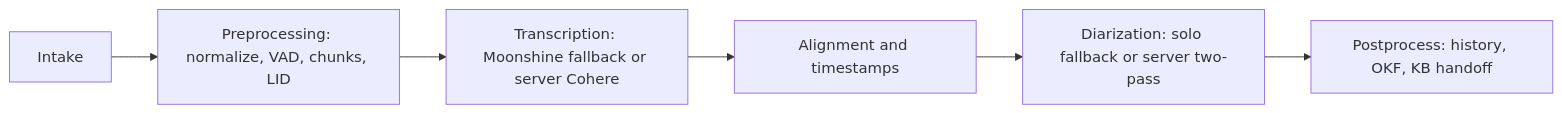
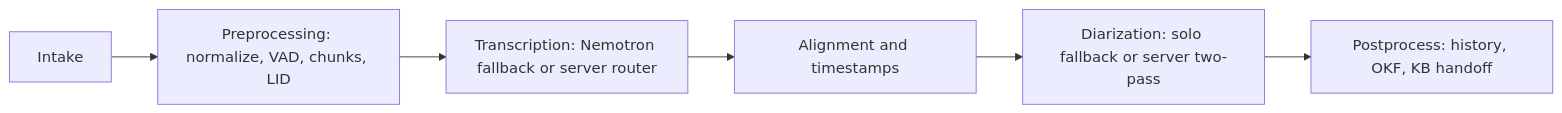
One commit to mcnatg1/yap changed the second of 2 diagrams in docs/specs/client-state-machine.md. Above: the diagram before and after it, drawn with Mermaid. The commit also changed other lines of this file and 93 other files, not shown here.

Commit message:
feat: pivot local fallback to Nemotron

````diff
--- a/docs/specs/client-state-machine.md
+++ b/docs/specs/client-state-machine.md
@@ -173,8 +173,8 @@
 ```mermaid
 flowchart LR
     Intake["Intake"] --> Pre["Preprocessing: normalize, VAD, chunks, LID"]
-    Pre --> STT["Transcription: Moonshine fallback or server Cohere"]
+    Pre --> STT["Transcription: Nemotron fallback or server router"]
     STT --> Align["Alignment and timestamps"]
     Align --> Diar["Diarization: solo fallback or server two-pass"]
     Diar --> Post["Postprocess: history, OKF, KB handoff"]
 ```
````
